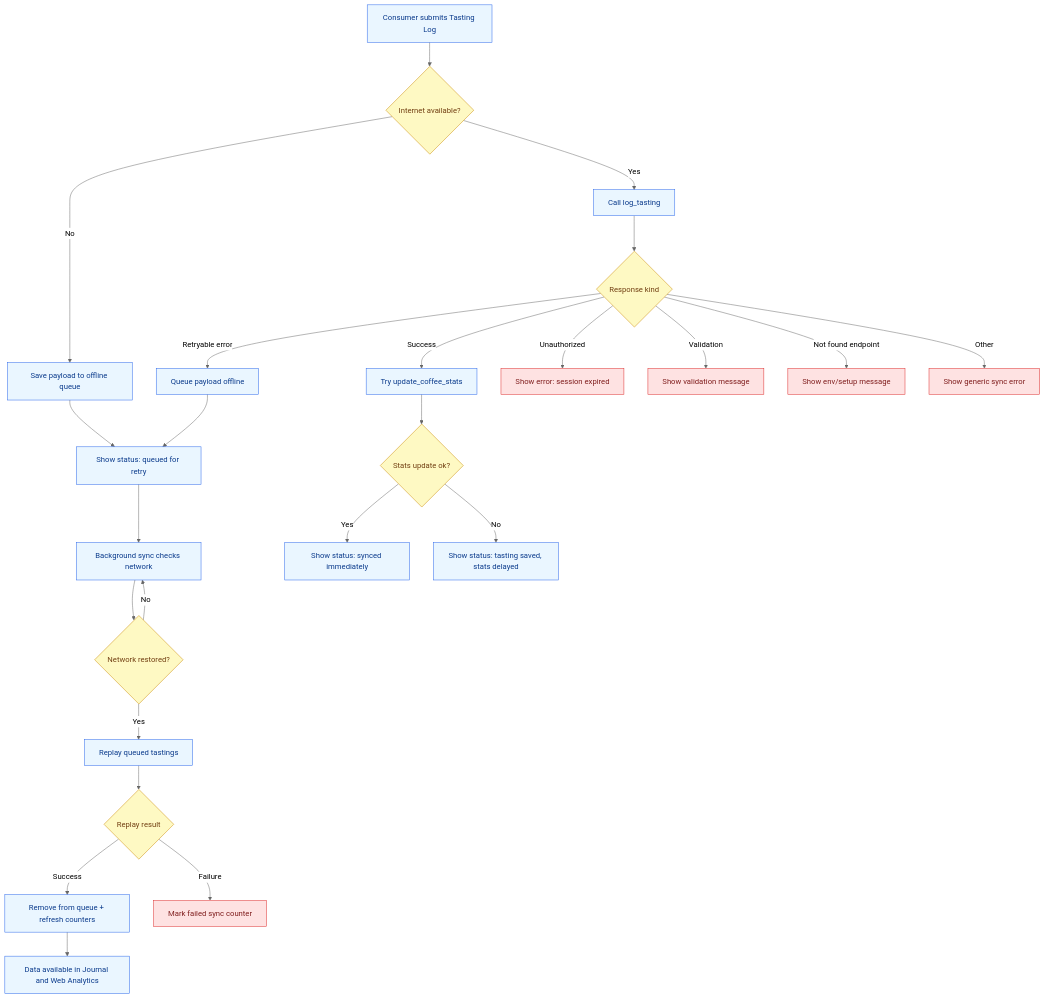
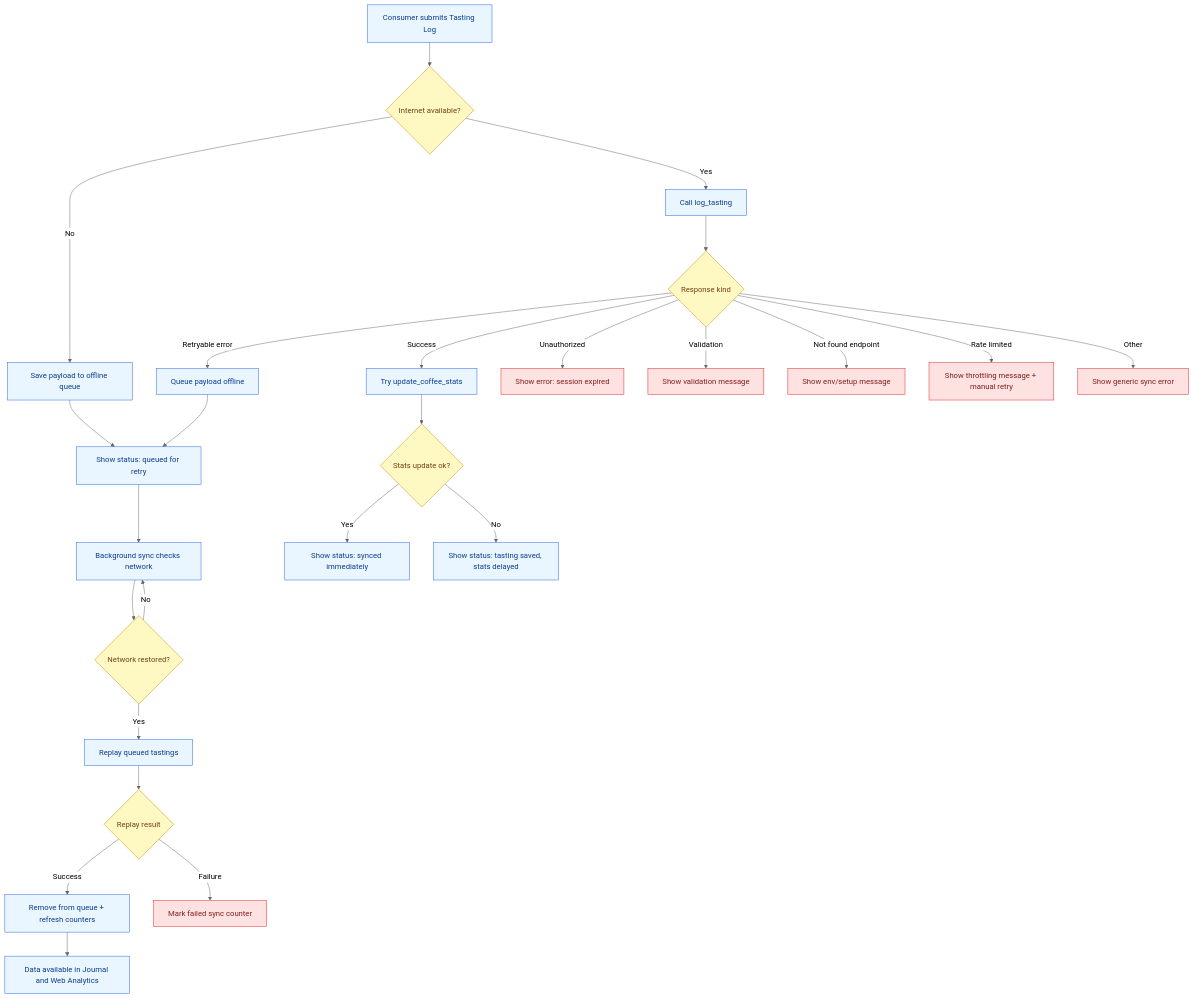
The diagram in mvp-release-flow-diagrams/05_error_offline_sync_flows.mmd (pavuloncool/funbrew), drawn with Mermaid (neutral theme) before and after one commit. The commit also changed 18 other files, not shown here.

Commit message:
beta: harden P0 flow errors, smoke gate, and release runbook

```diff
--- a/mvp-release-flow-diagrams/05_error_offline_sync_flows.mmd
+++ b/mvp-release-flow-diagrams/05_error_offline_sync_flows.mmd
@@ -1,42 +1,43 @@
 %% Error + offline sync flows around tasting log
 flowchart TD
 
   A[Consumer submits Tasting Log] --> B{Internet available?}
 
   B -->|No| C[Save payload to offline queue]
   C --> D[Show status: queued for retry]
   D --> E[Background sync checks network]
 
   B -->|Yes| F[Call log_tasting]
 
   F --> G{Response kind}
   G -->|Success| H[Try update_coffee_stats]
   H --> I{Stats update ok?}
   I -->|Yes| J[Show status: synced immediately]
   I -->|No| K[Show status: tasting saved, stats delayed]
 
   G -->|Retryable error| L[Queue payload offline]
   L --> D
 
   G -->|Unauthorized| M[Show error: session expired]
   G -->|Validation| N[Show validation message]
   G -->|Not found endpoint| O[Show env/setup message]
-  G -->|Other| P[Show generic sync error]
+  G -->|Rate limited| P[Show throttling message + manual retry]
+  G -->|Other| X[Show generic sync error]
 
   E --> Q{Network restored?}
   Q -->|No| E
   Q -->|Yes| R[Replay queued tastings]
   R --> S{Replay result}
   S -->|Success| T[Remove from queue + refresh counters]
   S -->|Failure| U[Mark failed sync counter]
 
   T --> V[Data available in Journal and Web Analytics]
 
   classDef action fill:#EAF6FF,stroke:#2563EB,color:#0B3B8C;
   classDef decision fill:#FEF9C3,stroke:#CA8A04,color:#713F12;
   classDef status fill:#ECFDF5,stroke:#059669,color:#065F46;
   classDef error fill:#FEE2E2,stroke:#DC2626,color:#7F1D1D;
 
   class A,C,D,E,F,H,J,K,L,R,T,V action;
   class B,G,I,Q,S decision;
-  class M,N,O,P,U error;
+  class M,N,O,P,U,X error;
```
